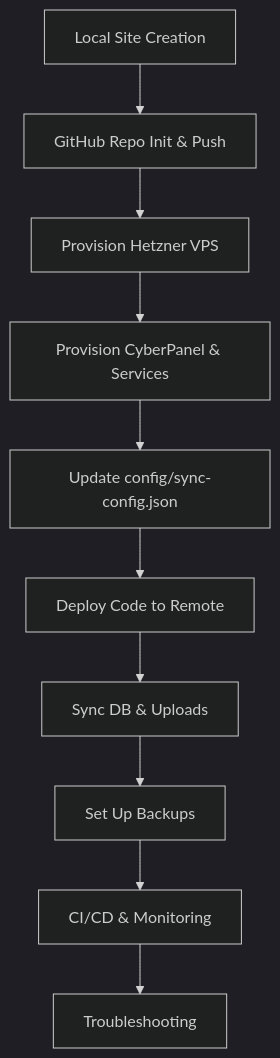
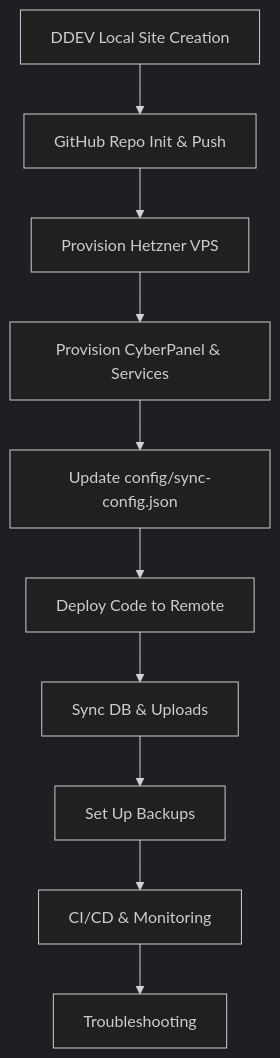
The diagram in docs/example-workflow.md (satusdev/bedrock-forge), drawn with Mermaid (dark theme) before and after one commit. The commit also changed other lines of this file and 21 other files, not shown here.

Commit message:
feat: use ddev for local site dev

````diff
--- a/docs/example-workflow.md
+++ b/docs/example-workflow.md
@@ -230,12 +151,12 @@
 ```mermaid
 graph TD
-    A[Local Site Creation] --> B[GitHub Repo Init & Push]
+    A[DDEV Local Site Creation] --> B[GitHub Repo Init & Push]
     B --> C[Provision Hetzner VPS]
     C --> D[Provision CyberPanel & Services]
     D --> E[Update config/sync-config.json]
     E --> F[Deploy Code to Remote]
     F --> G[Sync DB & Uploads]
     G --> H[Set Up Backups]
     H --> I[CI/CD & Monitoring]
     I --> J[Troubleshooting]
 ```
````
